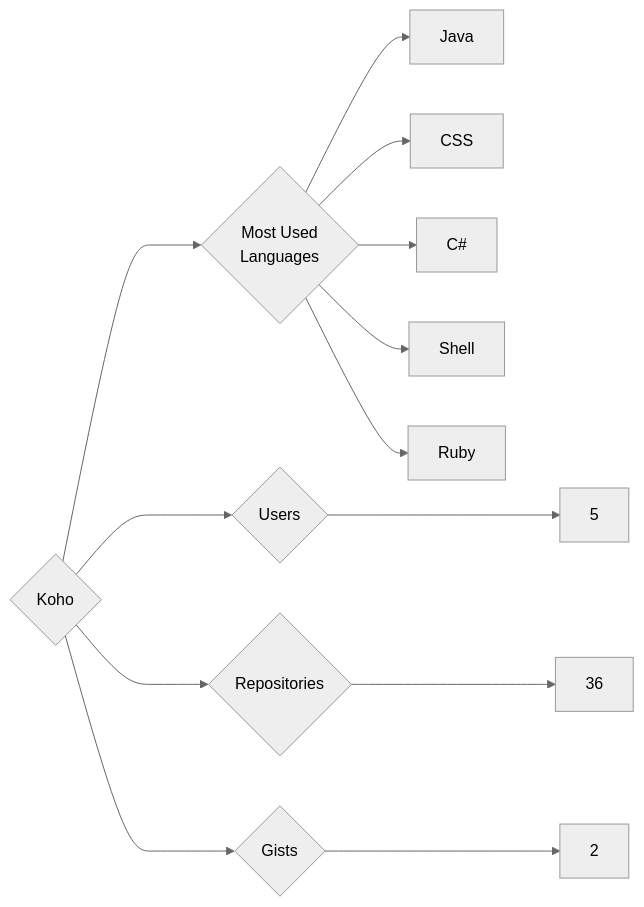
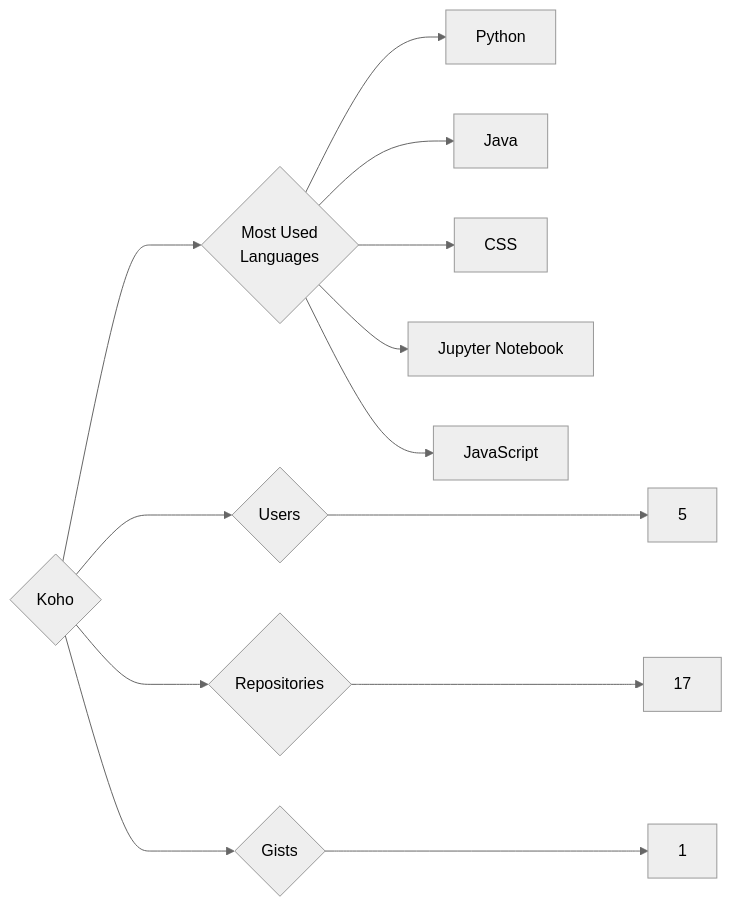
The diagram in targets/Koho/README.md (trickest/insiders), drawn with Mermaid (neutral theme) before and after one commit. The commit also changed 894 other files, not shown here.

````diff
--- a/targets/Koho/README.md
+++ b/targets/Koho/README.md
@@ -3,13 +3,13 @@
 ```mermaid
 graph LR
 COMPANY_NAME{Koho}
 COMPANY_NAME ---> U{Users} ---> UN[5]
-COMPANY_NAME ---> R{Repositories} ---> RN[36]
-COMPANY_NAME ---> G{Gists} ---> GN[2]
+COMPANY_NAME ---> R{Repositories} ---> RN[17]
+COMPANY_NAME ---> G{Gists} ---> GN[1]
 COMPANY_NAME ---> ML{Most Used<br>Languages}
+ML --> Python[Python]
 ML --> Java[Java]
 ML --> CSS[CSS]
-ML --> C#[C#]
-ML --> Shell[Shell]
-ML --> Ruby[Ruby]
+ML --> Jupyter_Notebook[Jupyter Notebook]
+ML --> JavaScript[JavaScript]
 ```
````
